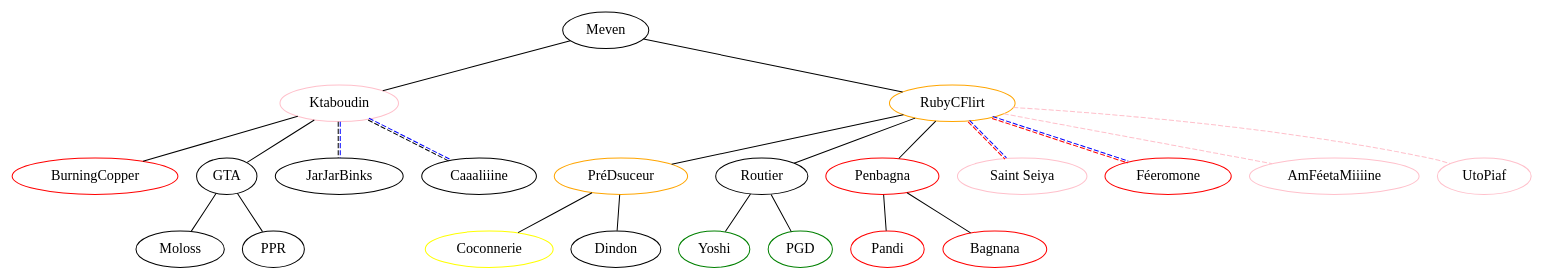
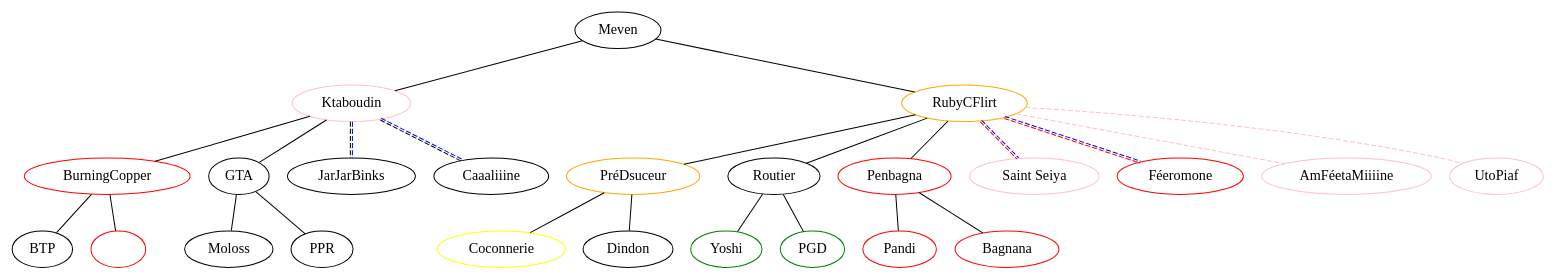
One commit to mevouc/fal-mily changed the diagram in graph.dot. Above: the diagram before and after it, drawn with Graphviz. The commit also changed 2 other files, not shown here.

Commit message:
graph: Add known Iris' PMs

```diff
--- a/graph.dot
+++ b/graph.dot
@@ -1,62 +1,65 @@
 graph Falmily {
     // list of names
     meven [label="Meven", fillcolor="blue:black"]; // IPP
       alix [label="Ktaboudin", color="pink", shape=ellipse] // Paramed
         iris [label="BurningCopper", color="red"]; // Droit
-          // TODO: Iris' family
+          lisa [label="BTP", fillcolor="white"]; // BTS
+          lautre [label="", color="red", shape=ellipse]; // TODO
         camille [label="GTA", fillcolor="blue:black"]; // IPP
           julien [label="Moloss", fillcolor="blue:black"]; // IPP
           chabal [label="PPR", fillcolor="blue:black"]; // IPP
         // Adoption IPP
         maxime [label="JarJarBinks", fillcolor="blue:black"]; // IPP
         lily [label="Caaaliiine", fillcolor="blue:black"]; // IPP
       chris [label="RubyCFlirt", color="orange"]; // Gestion
         lucas [label="PréDsuceur", color="orange"]; // DCG
           coralie [label="Coconnerie", color="yellow"]; // Psycho
           guillaume [label="Dindon", fillcolor="blue:black"]; // Ingé
         louise [label="Routier", fillcolor="blue:black"]; // Ingé
           katia [label="Yoshi", color="green", shape=ellipse] // Pharma
           antoine [label="PGD", color="green", shape=ellipse] // Pharma
         tiffany [label="Penbagna", color="red", shape=ellipse] // Médecine
           pandi [label="Pandi", color="red", shape=ellipse] // Médecine
           bagnagna [label="Bagnana", color="red"]; // Droit
         // Adoption Paris
         lilo [label="Saint Seiya", color="pink", shape=ellipse] // Paramed
         benoit [label="Féeromone", color="red", fillcolor="green:red"]; // IF
         // Adoption rose
         anouchka [label="AmFéetaMiiiine", color="pink", shape=ellipse] // Paramed
         laetitia [label="UtoPiaf", color="pink", shape=ellipse] // Paramed
     
     
     /*
     ** List of patronage links
     */
 
-    // Meven's graph
+    // Alix's branch
     meven -- alix;
       alix -- iris;
-        // TODO: Iris' family
+        iris -- lisa;
+        iris -- lautre;
       alix -- camille;
         camille -- julien;
         camille -- chabal;
-
+      // Adoption IPP
       alix -- maxime [style=dashed, color="black:blue"];
       alix -- lily [style=dashed, color="black:blue"];
 
+    // Chris' branch
     meven -- chris;
         chris -- lucas;
           lucas -- coralie;
           lucas -- guillaume;
         chris -- louise;
           louise -- katia;
           louise -- antoine;
         chris -- tiffany;
           tiffany -- pandi;
           tiffany -- bagnagna;
-
+      // Adoption Paris
       chris -- lilo [style=dashed, color="red:blue"];
       chris -- benoit [style=dashed, color="red:blue"];
-
+      // Adoption rose
       chris -- anouchka [style=dashed, color="pink"];
       chris -- laetitia [style=dashed, color="pink"];
 }
```
